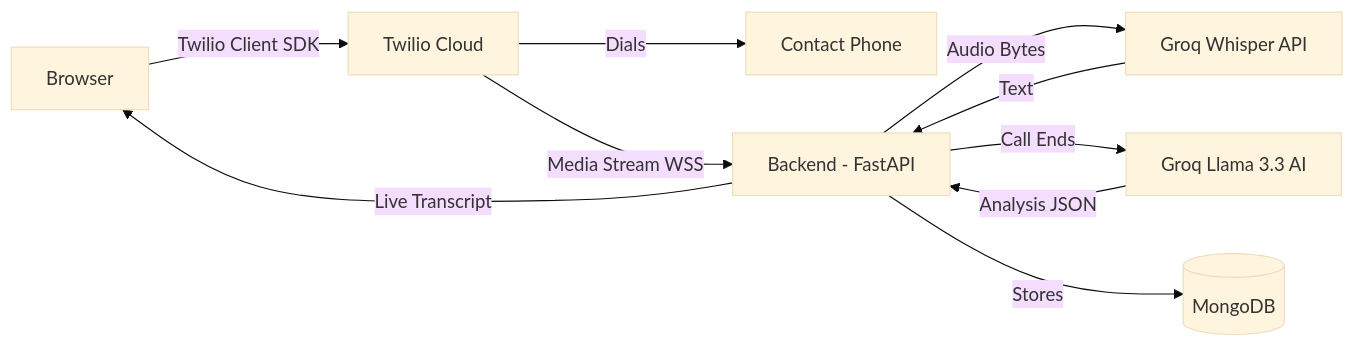
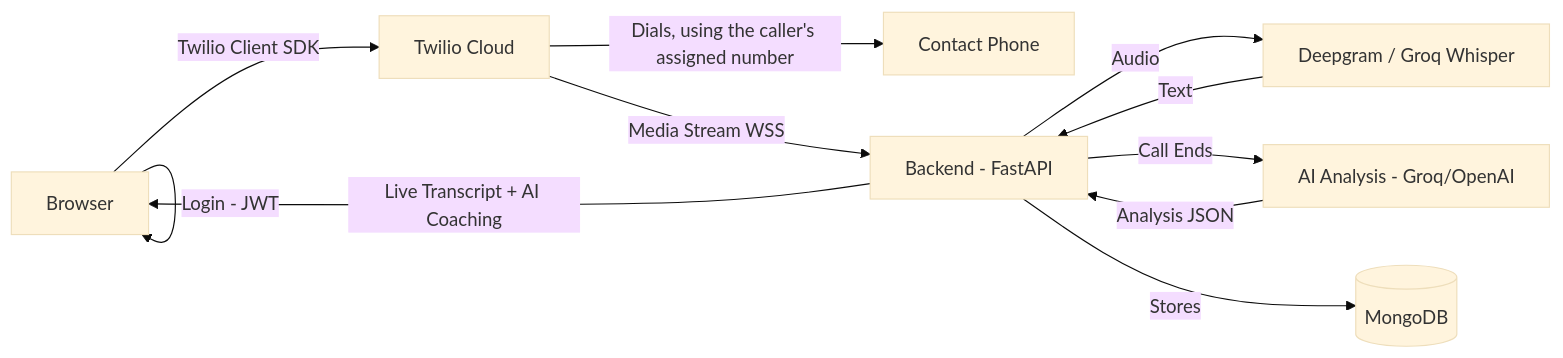
One commit to Kumaresan-AI-Engineer/Outbound_Ai changed the first of 7 diagrams in README.md. Above: the diagram before and after it, drawn with Mermaid (base theme). The commit also changed other lines of this file and 134 other files, not shown here.

````diff
--- a/README.md
+++ b/README.md
@@ -58,12 +65,13 @@
 ```mermaid
 flowchart LR
-    A[Browser] -->|Twilio Client SDK| B[Twilio Cloud]
-    B -->|Dials| C[Contact Phone]
+    A[Browser] -->|Login - JWT| A
+    A -->|Twilio Client SDK| B[Twilio Cloud]
+    B -->|Dials, using the caller's assigned number| C[Contact Phone]
     B -->|Media Stream WSS| D[Backend - FastAPI]
-    D -->|Audio Bytes| E[Groq Whisper API]
+    D -->|Audio| E[Deepgram / Groq Whisper]
     E -->|Text| D
-    D -->|Live Transcript| A
-    D -->|Call Ends| F[Groq Llama 3.3 AI]
+    D -->|Live Transcript + AI Coaching| A
+    D -->|Call Ends| F[AI Analysis - Groq/OpenAI]
     F -->|Analysis JSON| D
     D -->|Stores| G[(MongoDB)]
 ```
````
